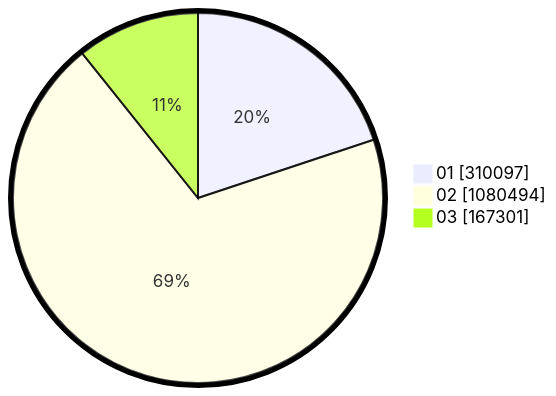
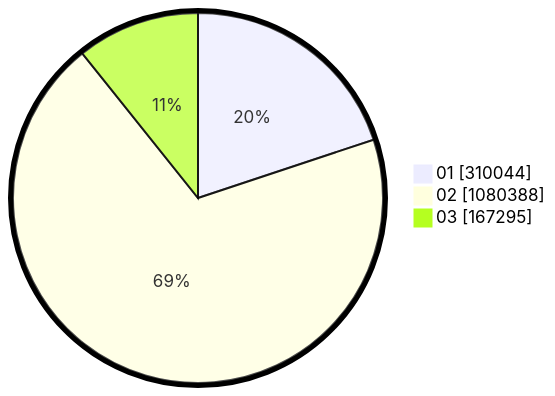
The second of 2 diagrams in pilpres/hitung-suara/sub/table-wilayah-64.md (gigit-pemilu/pemilu-2024), drawn with Mermaid before and after one commit. The commit also changed other lines of this file and 12 other files, not shown here.

````diff
--- a/pilpres/hitung-suara/sub/table-wilayah-64.md
+++ b/pilpres/hitung-suara/sub/table-wilayah-64.md
@@ -15,7 +15,7 @@
 ```mermaid
 %%{init: {"pie": {"textPosition": 0.5}, "themeVariables": {"pieOuterStrokeWidth": "5px"}} }%%
 pie showData
-    "01" : 310097
-    "02" : 1080494
-    "03" : 167301
+    "01" : 310044
+    "02" : 1080388
+    "03" : 167295
 ```
````
